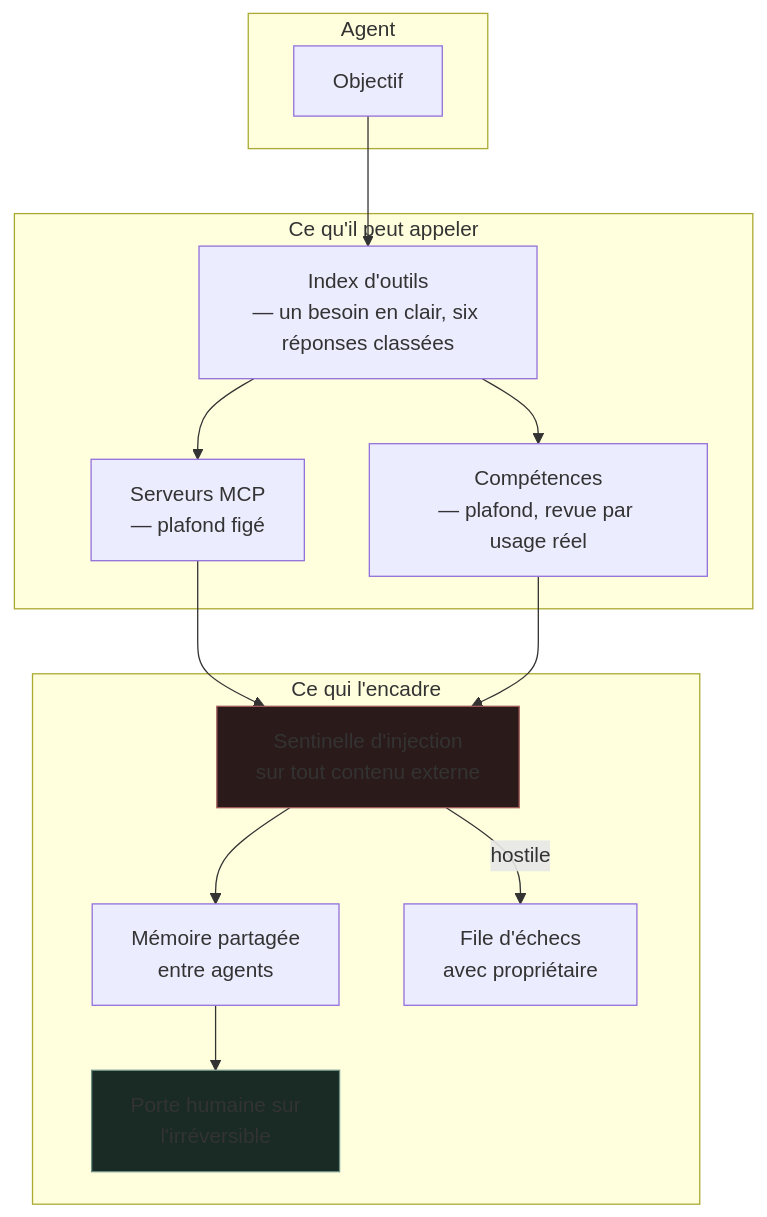
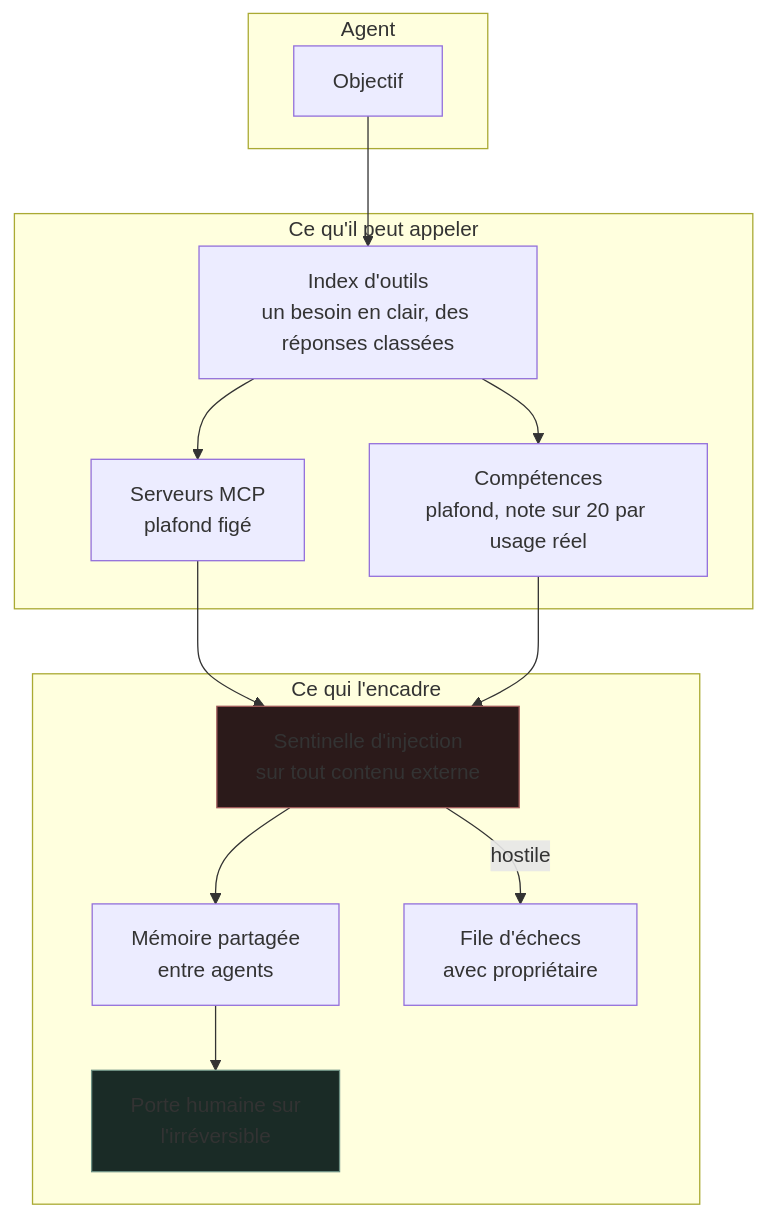
One commit to TimoLeDozo/MoltBot-Hub changed the fourth of 5 diagrams in README.md. Above: the diagram before and after it, drawn with Mermaid. The commit also changed other lines of this file, not shown here.

First line of the commit message:
docs: roles des moteurs, decisions a echeance, relecture critique des sessions

````diff
--- a/README.md
+++ b/README.md
@@ -76,28 +111,28 @@
 ```mermaid
 flowchart TB
     subgraph Agent["Agent"]
         BUT["Objectif"]
     end
 
     subgraph Outillage["Ce qu'il peut appeler"]
-        IDX["Index d'outils<br/>— un besoin en clair, six réponses classées"]
-        MCP["Serveurs MCP<br/>— plafond figé"]
-        SK["Compétences<br/>— plafond, revue par usage réel"]
+        IDX["Index d'outils<br/>un besoin en clair, des réponses classées"]
+        MCP["Serveurs MCP<br/>plafond figé"]
+        SK["Compétences<br/>plafond, note sur 20 par usage réel"]
     end
 
     subgraph Gardes["Ce qui l'encadre"]
         SENT["Sentinelle d'injection<br/>sur tout contenu externe"]
         MEM["Mémoire partagée<br/>entre agents"]
         DLQ["File d'échecs<br/>avec propriétaire"]
         HUM["Porte humaine sur<br/>l'irréversible"]
     end
 
     BUT --> IDX --> MCP & SK
     MCP & SK --> SENT
     SENT --> MEM
     SENT -->|hostile| DLQ
     MEM --> HUM
 
     style SENT fill:#2b1a1a,stroke:#a05a5a
     style HUM fill:#1a2b26,stroke:#6d9083
 ```
````
